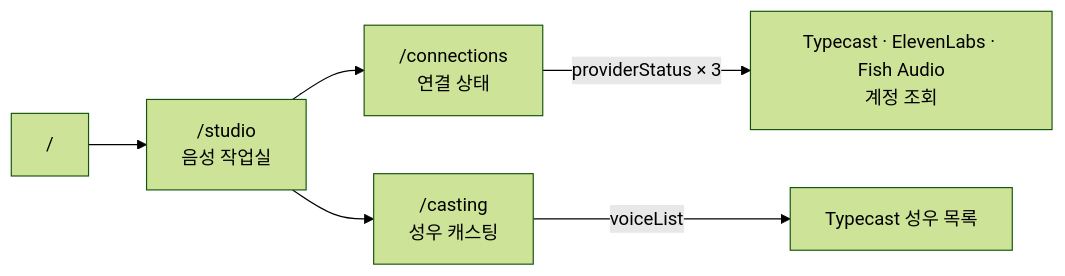
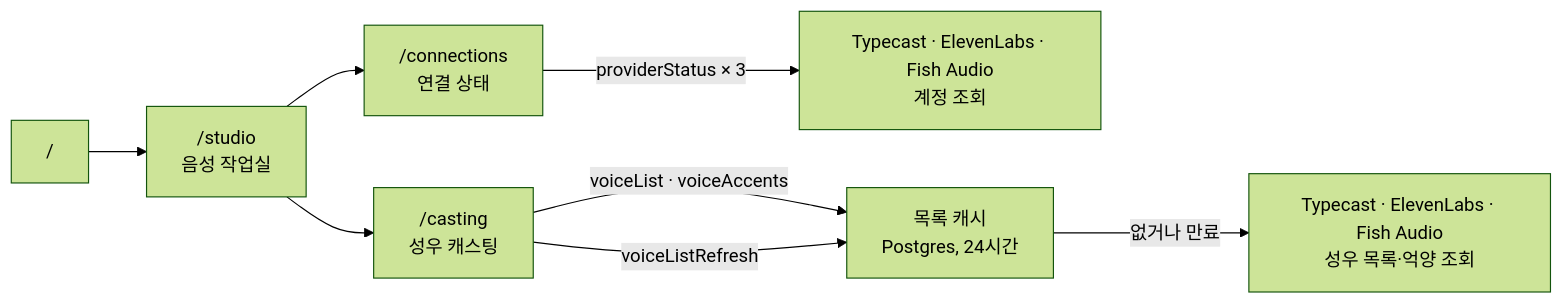
Before and after one commit to roadkwonai/omni-ai-tts: the diagram in docs/domain/project.md, drawn with Mermaid (forest theme). The commit also changed other lines of this file and 78 other files, not shown here.

````diff
--- a/docs/domain/project.md
+++ b/docs/domain/project.md
@@ -18,7 +18,10 @@
 ```mermaid
 flowchart LR
   R["/"] --> S["/studio<br/>음성 작업실"]
   S --> C["/connections<br/>연결 상태"]
   C -->|providerStatus × 3| P["Typecast · ElevenLabs · Fish Audio<br/>계정 조회"]
-  S --> V["/casting<br/>성우 캐스팅"] -->|voiceList| T["Typecast 성우 목록"]
+  S --> V["/casting<br/>성우 캐스팅"]
+  V -->|"voiceList · voiceAccents"| K["목록 캐시<br/>Postgres, 24시간"]
+  K -->|"없거나 만료"| L["Typecast · ElevenLabs · Fish Audio<br/>성우 목록·억양 조회"]
+  V -->|voiceListRefresh| K
 ```
````
